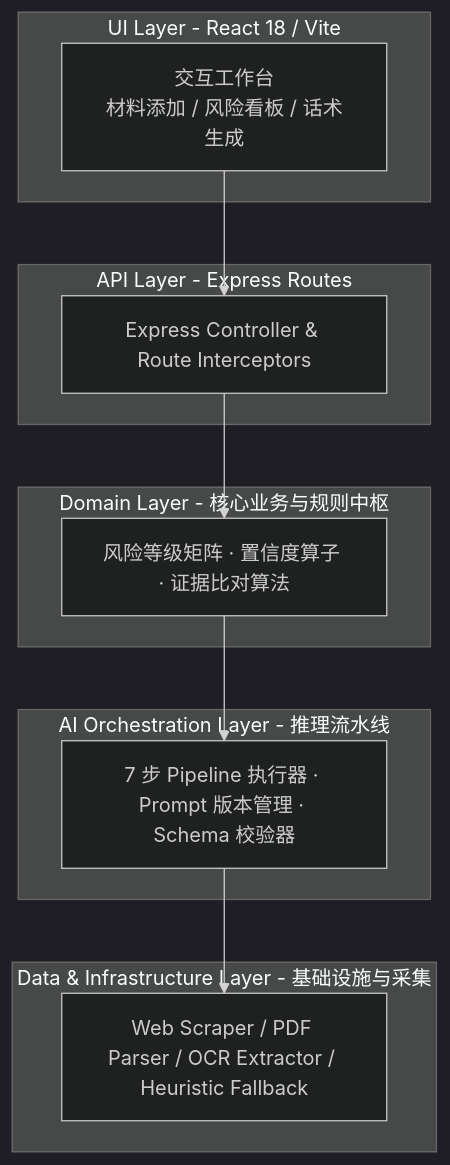
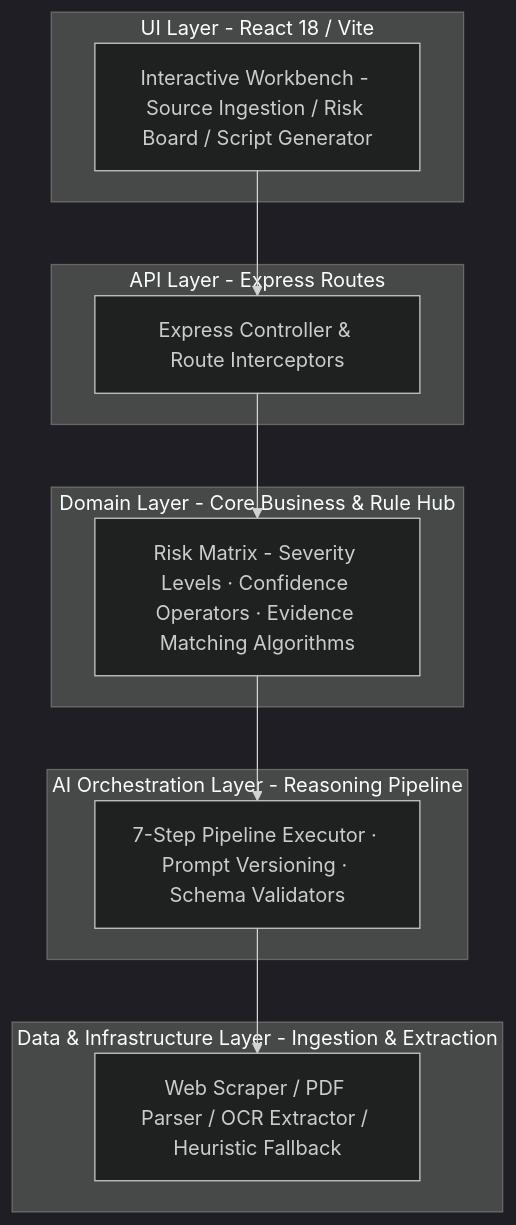
Before and after one commit to MeiSiristhebest/youju: the second of 3 diagrams in README.md, drawn with Mermaid (dark theme). The commit also changed other lines of this file, not shown here.

````diff
--- a/README.md
+++ b/README.md
@@ -193,27 +198,27 @@
 ```mermaid
 graph TD
     subgraph Layer1["UI Layer - React 18 / Vite"]
-        UI["交互工作台<br/>材料添加 / 风险看板 / 话术生成"]
+        UI["Interactive Workbench - Source Ingestion / Risk Board / Script Generator"]
     end
 
     subgraph Layer2["API Layer - Express Routes"]
         API["Express Controller & Route Interceptors"]
     end
 
-    subgraph Layer3["Domain Layer - 核心业务与规则中枢"]
-        Domain["风险等级矩阵 · 置信度算子 · 证据比对算法"]
+    subgraph Layer3["Domain Layer - Core Business & Rule Hub"]
+        Domain["Risk Matrix - Severity Levels · Confidence Operators · Evidence Matching Algorithms"]
     end
 
-    subgraph Layer4["AI Orchestration Layer - 推理流水线"]
-        Orchestration["7 步 Pipeline 执行器 · Prompt 版本管理 · Schema 校验器"]
+    subgraph Layer4["AI Orchestration Layer - Reasoning Pipeline"]
+        Orchestration["7-Step Pipeline Executor · Prompt Versioning · Schema Validators"]
     end
 
-    subgraph Layer5["Data & Infrastructure Layer - 基础设施与采集"]
+    subgraph Layer5["Data & Infrastructure Layer - Ingestion & Extraction"]
         Data["Web Scraper / PDF Parser / OCR Extractor / Heuristic Fallback"]
     end
 
     UI --> API
     API --> Domain
     Domain --> Orchestration
     Orchestration --> Data
 ```
````
